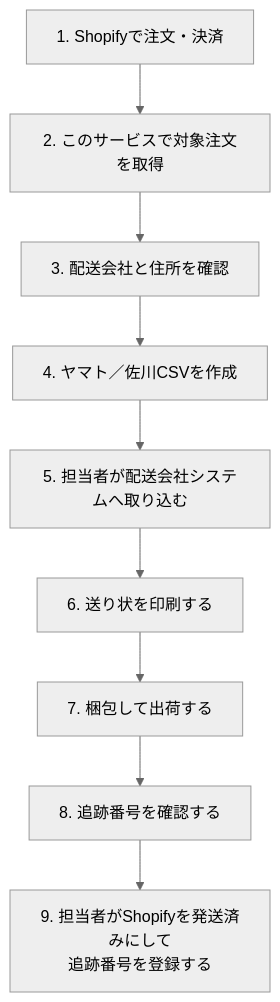
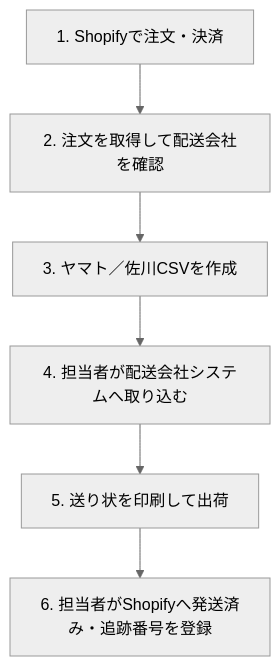
One commit to UNLegume/csv_transfer_for_wakou changed the second of 2 diagrams in README.md. Above: the diagram before and after it, drawn with Mermaid (neutral theme). The commit also changed other lines of this file, not shown here.

````diff
--- a/README.md
+++ b/README.md
@@ -144,14 +66,11 @@
 ```mermaid
 flowchart TD
     A["1. Shopifyで注文・決済"]
-    B["2. このサービスで対象注文を取得"]
-    C["3. 配送会社と住所を確認"]
-    D["4. ヤマト／佐川CSVを作成"]
-    E["5. 担当者が配送会社システムへ取り込む"]
-    F["6. 送り状を印刷する"]
-    G["7. 梱包して出荷する"]
-    H["8. 追跡番号を確認する"]
-    I["9. 担当者がShopifyを発送済みにして<br/>追跡番号を登録する"]
+    B["2. 注文を取得して配送会社を確認"]
+    C["3. ヤマト／佐川CSVを作成"]
+    D["4. 担当者が配送会社システムへ取り込む"]
+    E["5. 送り状を印刷して出荷"]
+    F["6. 担当者がShopifyへ発送済み・追跡番号を登録"]
 
-    A --> B --> C --> D --> E --> F --> G --> H --> I
+    A --> B --> C --> D --> E --> F
 ```
````
